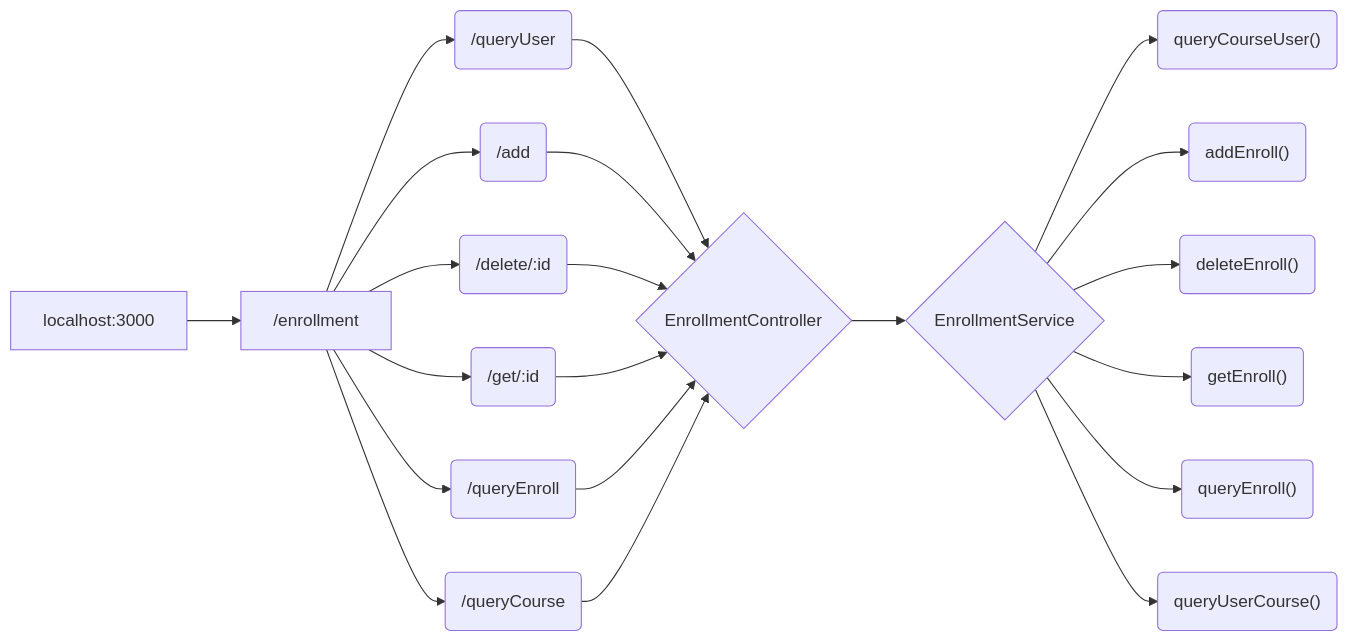
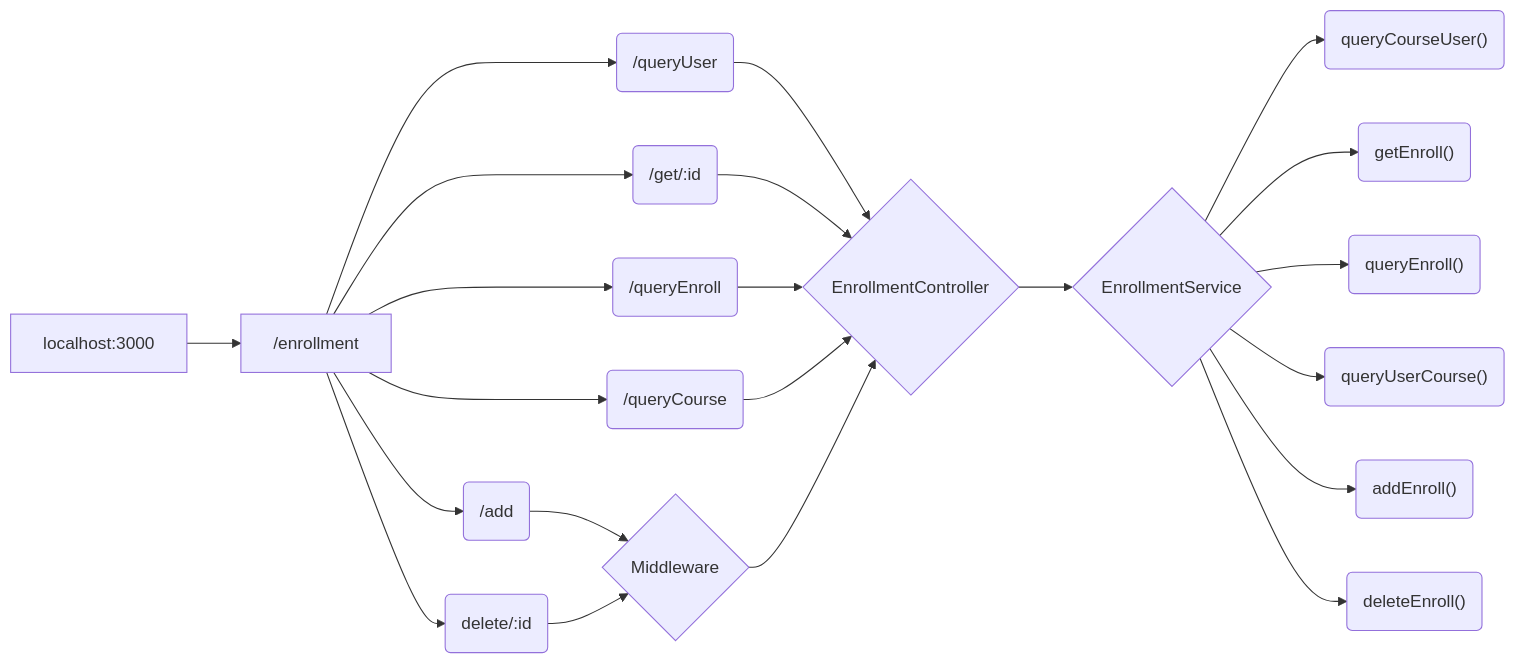
The second of 3 diagrams in README.md (JTKiew/NTUCool-Interview-), drawn with Mermaid before and after one commit. The commit also changed other lines of this file and 22 other files, not shown here.

````diff
--- a/README.md
+++ b/README.md
@@ -132,26 +136,28 @@
 ```mermaid
 graph LR
     A[localhost:3000] --> C(/enrollment)
     C["/enrollment"] --> J(/queryUser)
     C["/enrollment"] --> K(/add)
     C["/enrollment"] --> L(/delete/:id)
     C["/enrollment"] --> M(/get/:id)
     C["/enrollment"] --> N(/queryEnroll)
     C["/enrollment"] --> O(/queryCourse)
 
     J(/queryUser)   --> P{EnrollmentController}
-    K(/add)         --> P{EnrollmentController}
-    L(/delete/:id)  --> P{EnrollmentController}
     M(/get/:id)     --> P{EnrollmentController}
     N(/queryEnroll) --> P{EnrollmentController}
     O(/queryCourse) --> P{EnrollmentController}
-
+    
+    K(/add) --> Z{Middleware}
+    L(delete/:id) --> Z{Middleware}
+    
+    Z{Middleware} --> P{EnrollmentController}
     P{EnrollmentController} --> R{EnrollmentService}
 
     R{EnrollmentService} --> S("queryCourseUser()")
-    R{EnrollmentService} --> T("addEnroll()")
-    R{EnrollmentService} --> U("deleteEnroll()")
     R{EnrollmentService} --> V("getEnroll()")
     R{EnrollmentService} --> W("queryEnroll()")
     R{EnrollmentService} --> X("queryUserCourse()")
+    R{EnrollmentService} --> T("addEnroll()")
+    R{EnrollmentService} --> U("deleteEnroll()")
 ```
````
